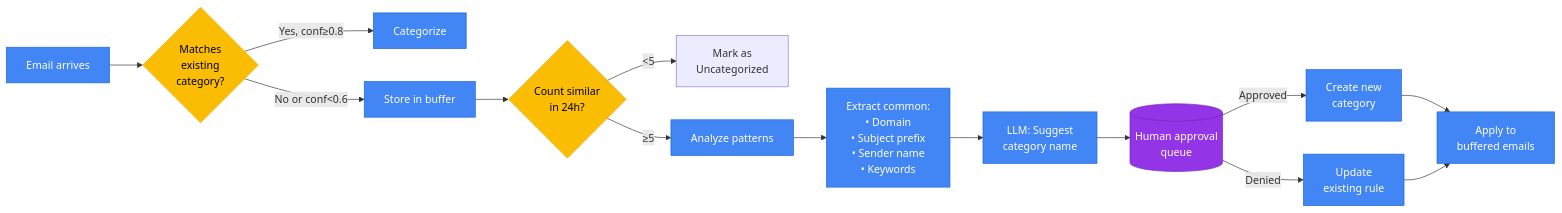
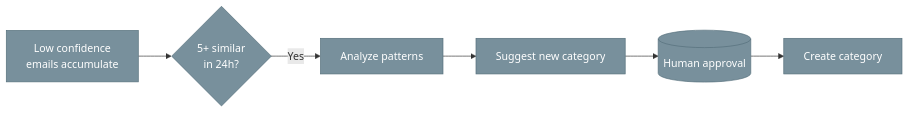
Before and after one commit to sm0neymak3r/gmail-agent-assistant: the second of 2 diagrams in categorization_hierarchy.md, drawn with Mermaid. The commit also changed other lines of this file and 29 other files, not shown here.

````diff
--- a/categorization_hierarchy.md
+++ b/categorization_hierarchy.md
@@ -228,30 +192,12 @@
 ```mermaid
 flowchart LR
-    A[Email arrives] --> B{Matches<br/>existing<br/>category?}
-    B -->|Yes, conf≥0.8| C[Categorize]
-    B -->|No or conf<0.6| D[Store in buffer]
+    A[Low confidence<br/>emails accumulate] --> B{5+ similar<br/>in 24h?}
+    B -->|Yes| C[Analyze patterns]
+    C --> D[Suggest new category]
+    D --> E[(Human approval)]
+    E --> F[Create category]
 
-    D --> E{Count similar<br/>in 24h?}
-    E -->|<5| F[Mark as<br/>Uncategorized]
-    E -->|≥5| G[Analyze patterns]
+    classDef future fill:#78909C,stroke:#546E7A,color:#fff
 
-    G --> H[Extract common:<br/>• Domain<br/>• Subject prefix<br/>• Sender name<br/>• Keywords]
-
-    H --> I[LLM: Suggest<br/>category name]
-
-    I --> J[(Human approval<br/>queue)]
-
-    J -->|Approved| K[Create new<br/>category]
-    J -->|Denied| L[Update<br/>existing rule]
-
-    K --> M[Apply to<br/>buffered emails]
-    L --> M
-
-    classDef process fill:#4285F4,stroke:#1967D2,color:#fff
-    classDef decision fill:#FBBC04,stroke:#F9AB00,color:#000
-    classDef queue fill:#9334E6,stroke:#7627BB,color:#fff
-
-    class A,C,D,G,H,I,K,L,M process
-    class B,E decision
-    class J queue
+    class A,B,C,D,E,F future
 ```
````
